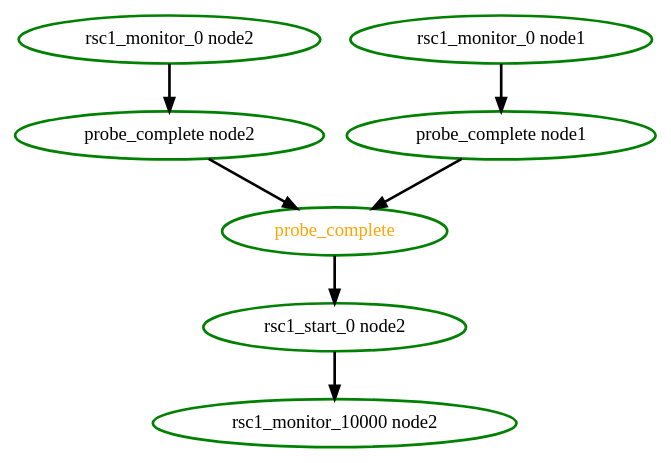
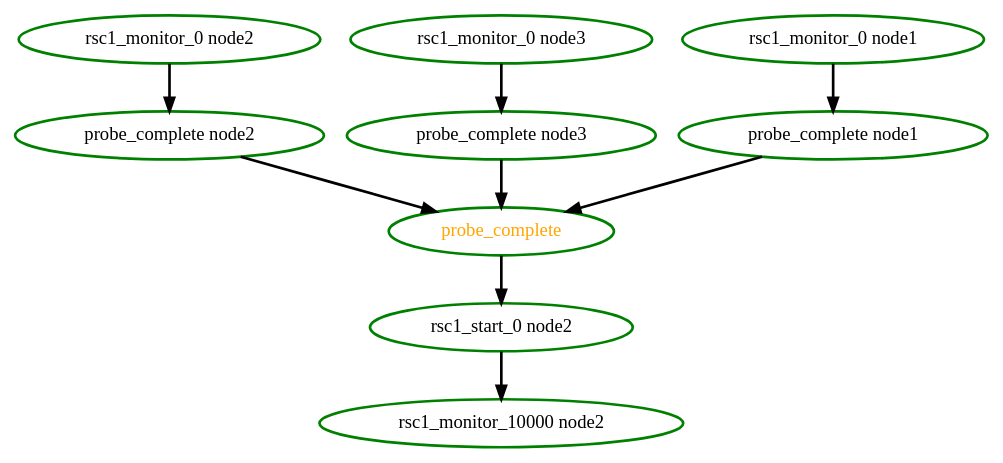
The diagram in pengine/test10/site-specific-params.dot (ClusterLabs/pacemaker), drawn with Graphviz before and after one commit. The commit also changed 5 other files, not shown here.

```diff
--- a/pengine/test10/site-specific-params.dot
+++ b/pengine/test10/site-specific-params.dot
@@ -1,15 +1,19 @@
 digraph "g" {
 "probe_complete node1" -> "probe_complete" [ style = bold]
 "probe_complete node1" [ style=bold color="green" fontcolor="black"]
 "probe_complete node2" -> "probe_complete" [ style = bold]
 "probe_complete node2" [ style=bold color="green" fontcolor="black"]
+"probe_complete node3" -> "probe_complete" [ style = bold]
+"probe_complete node3" [ style=bold color="green" fontcolor="black"]
 "probe_complete" -> "rsc1_start_0 node2" [ style = bold]
 "probe_complete" [ style=bold color="green" fontcolor="orange"]
 "rsc1_monitor_0 node1" -> "probe_complete node1" [ style = bold]
 "rsc1_monitor_0 node1" [ style=bold color="green" fontcolor="black"]
 "rsc1_monitor_0 node2" -> "probe_complete node2" [ style = bold]
 "rsc1_monitor_0 node2" [ style=bold color="green" fontcolor="black"]
+"rsc1_monitor_0 node3" -> "probe_complete node3" [ style = bold]
+"rsc1_monitor_0 node3" [ style=bold color="green" fontcolor="black"]
 "rsc1_monitor_10000 node2" [ style=bold color="green" fontcolor="black"]
 "rsc1_start_0 node2" -> "rsc1_monitor_10000 node2" [ style = bold]
 "rsc1_start_0 node2" [ style=bold color="green" fontcolor="black"]
 }
```
